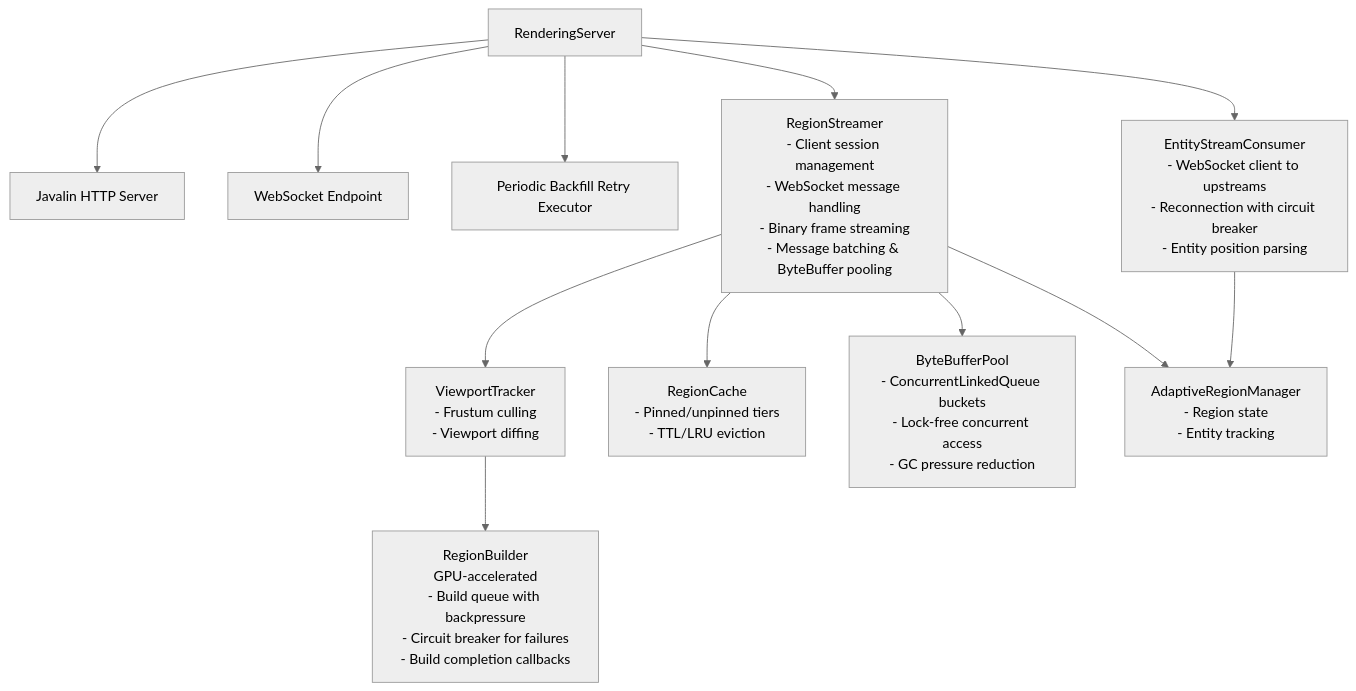
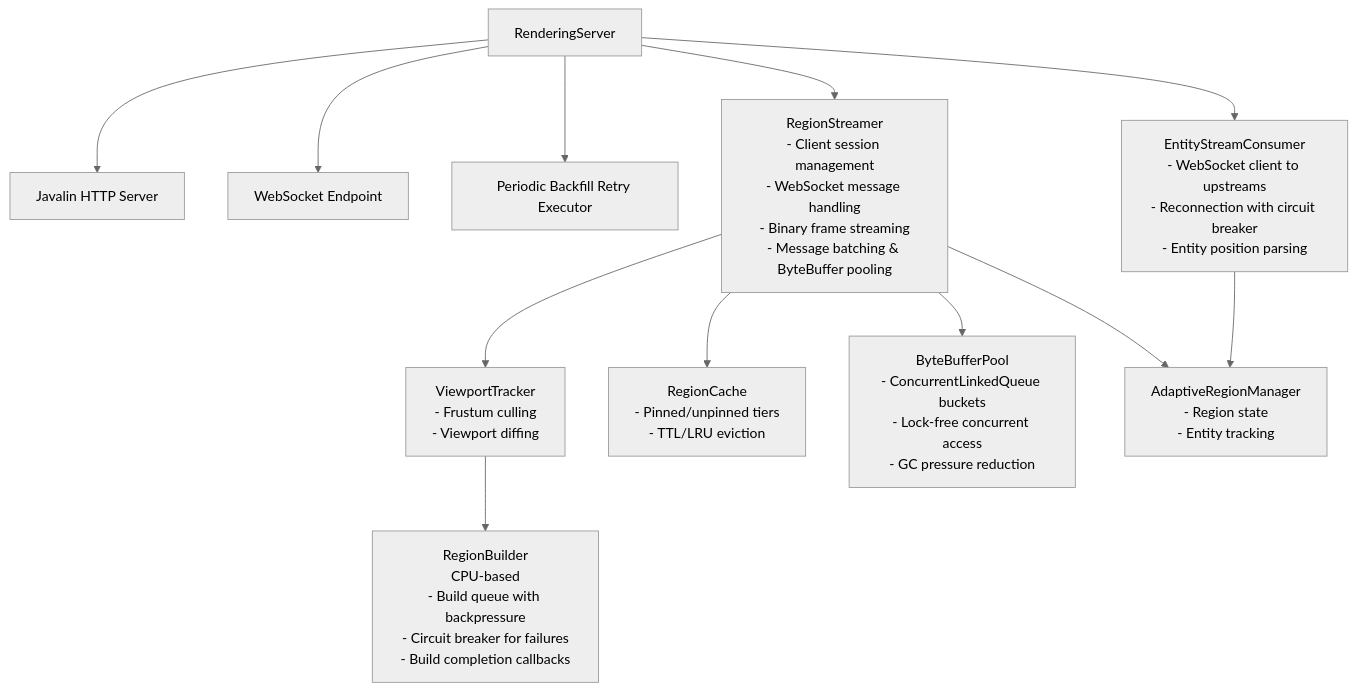
One commit to Hellblazer/Luciferase changed the diagram in simulation/doc/viz-render/ARCHITECTURE.md. Above: the diagram before and after it, drawn with Mermaid (neutral theme). The commit also changed other lines of this file and 6 other files, not shown here.

````diff
--- a/simulation/doc/viz-render/ARCHITECTURE.md
+++ b/simulation/doc/viz-render/ARCHITECTURE.md
@@ -15,31 +13,31 @@
 ```mermaid
 graph TD
     A["RenderingServer"]
     A1["Javalin HTTP Server"]
     A2["WebSocket Endpoint"]
     A3["Periodic Backfill Retry Executor"]
 
     B["RegionStreamer<br/>- Client session management<br/>- WebSocket message handling<br/>- Binary frame streaming<br/>- Message batching & ByteBuffer pooling"]
 
     C["ViewportTracker<br/>- Frustum culling<br/>- Viewport diffing"]
     D["RegionCache<br/>- Pinned/unpinned tiers<br/>- TTL/LRU eviction"]
     E["AdaptiveRegionManager<br/>- Region state<br/>- Entity tracking"]
 
-    F["RegionBuilder<br/>GPU-accelerated<br/>- Build queue with backpressure<br/>- Circuit breaker for failures<br/>- Build completion callbacks"]
+    F["RegionBuilder<br/>CPU-based<br/>- Build queue with backpressure<br/>- Circuit breaker for failures<br/>- Build completion callbacks"]
 
     G["EntityStreamConsumer<br/>- WebSocket client to upstreams<br/>- Reconnection with circuit breaker<br/>- Entity position parsing"]
 
     H["ByteBufferPool<br/>- ConcurrentLinkedQueue buckets<br/>- Lock-free concurrent access<br/>- GC pressure reduction"]
 
     A --> A1
     A --> A2
     A --> A3
     A --> B
     A --> G
     B --> C
     B --> D
     B --> H
     B --> E
     C --> F
     G --> E
 ```
````
